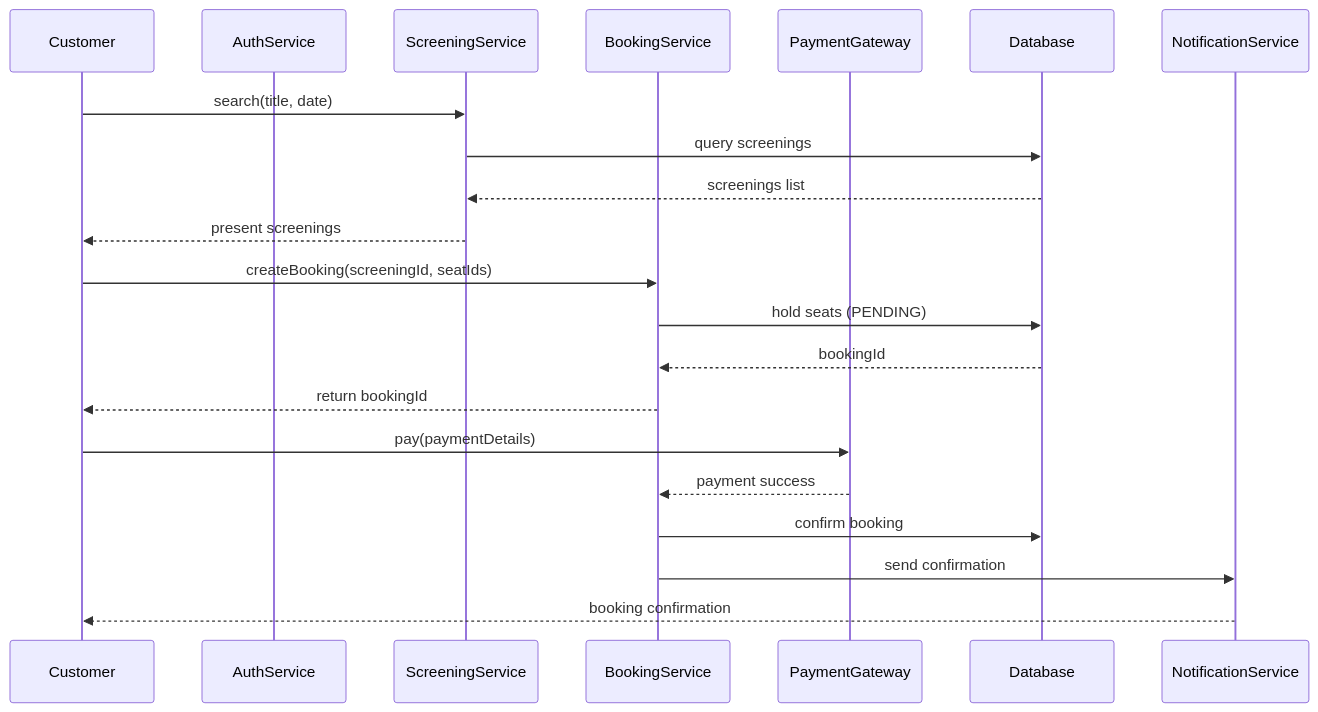
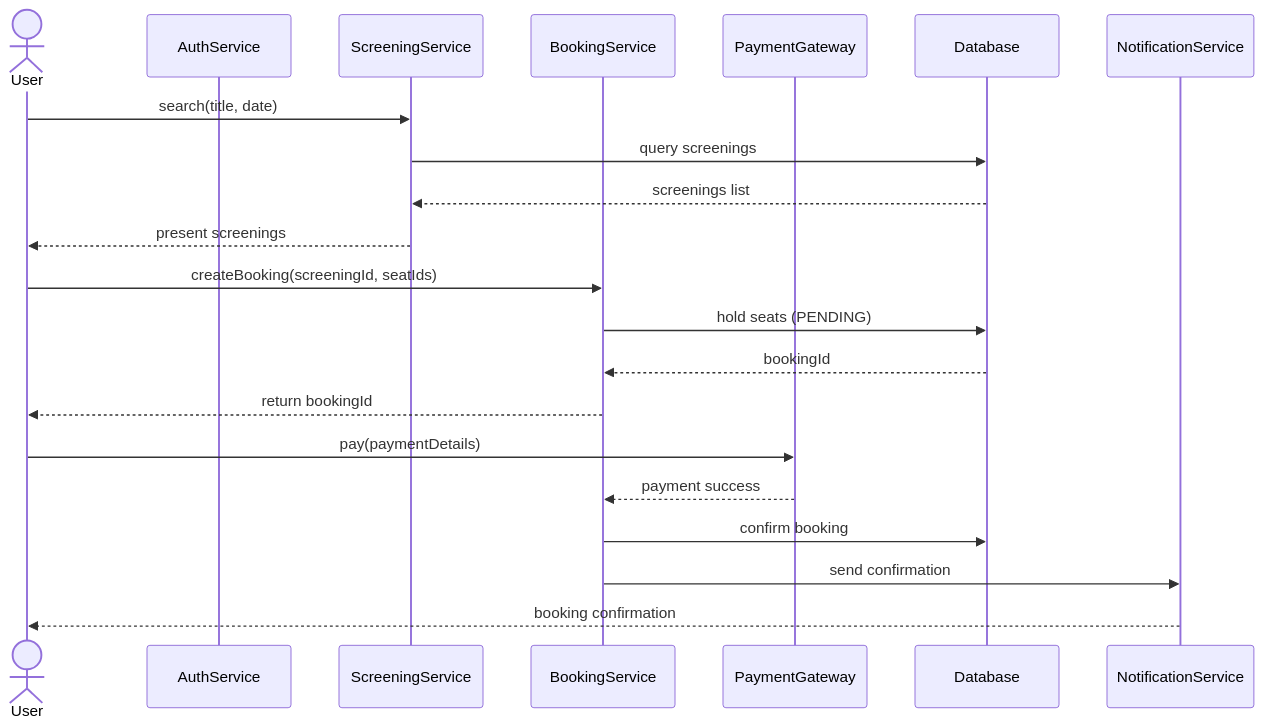
Before and after one commit to erickchoez/software-developer-test-movie-app: the third of 7 diagrams in README.md, drawn with Mermaid. The commit also changed other lines of this file, not shown here.

````diff
--- a/README.md
+++ b/README.md
@@ -229,26 +229,26 @@
 ```mermaid
 sequenceDiagram
-    participant Customer as Customer
+    actor User as User
     participant Auth as AuthService
     participant ScreenSvc as ScreeningService
     participant BookingSvc as BookingService
     participant PaymentGW as PaymentGateway
     participant DB as Database
     participant Notify as NotificationService
 
-    Customer->>ScreenSvc: search(title, date)
+    User->>ScreenSvc: search(title, date)
     ScreenSvc->>DB: query screenings
     DB-->>ScreenSvc: screenings list
-    ScreenSvc-->>Customer: present screenings
+    ScreenSvc-->>User: present screenings
 
-    Customer->>BookingSvc: createBooking(screeningId, seatIds)
+    User->>BookingSvc: createBooking(screeningId, seatIds)
     BookingSvc->>DB: hold seats (PENDING)
     DB-->>BookingSvc: bookingId
-    BookingSvc-->>Customer: return bookingId
+    BookingSvc-->>User: return bookingId
 
-    Customer->>PaymentGW: pay(paymentDetails)
+    User->>PaymentGW: pay(paymentDetails)
     PaymentGW-->>BookingSvc: payment success
     BookingSvc->>DB: confirm booking
     BookingSvc->>Notify: send confirmation
-    Notify-->>Customer: booking confirmation
+    Notify-->>User: booking confirmation
 ```
````
